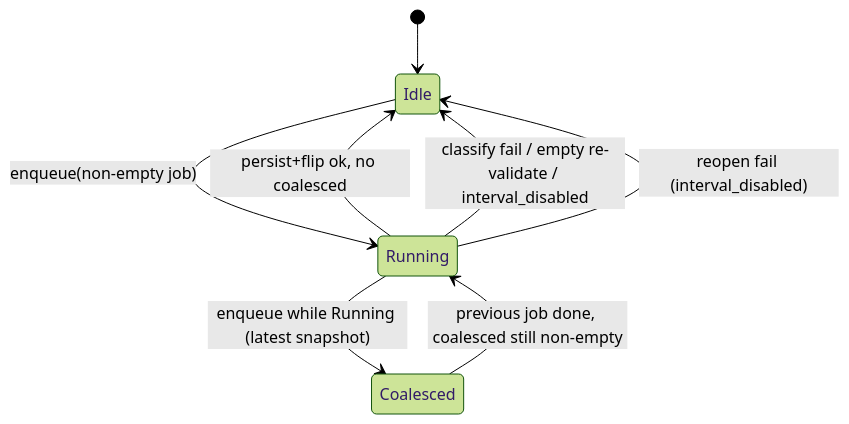
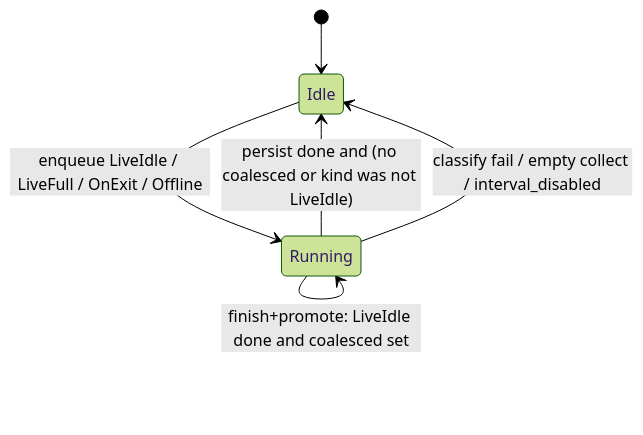
The first of 2 diagrams in docs/tasks/plans/v4-wal-coordinator.md (hilather/ratarmount-rs), drawn with Mermaid (forest theme) before and after one commit. The commit also changed other lines of this file, not shown here.

````diff
--- a/docs/tasks/plans/v4-wal-coordinator.md
+++ b/docs/tasks/plans/v4-wal-coordinator.md
@@ -117,10 +117,8 @@
 ```mermaid
 stateDiagram-v2
   [*] --> Idle
-  Idle --> Running: enqueue(non-empty job)
-  Running --> Idle: persist+flip ok, no coalesced
-  Running --> Idle: classify fail / empty re-validate / interval_disabled
-  Running --> Coalesced: enqueue while Running (latest snapshot)
-  Coalesced --> Running: previous job done, coalesced still non-empty
-  Running --> Idle: reopen fail (interval_disabled)
+  Idle --> Running: enqueue LiveIdle / LiveFull / OnExit / Offline
+  Running --> Idle: persist done and (no coalesced or kind was not LiveIdle)
+  Running --> Running: finish+promote: LiveIdle done and coalesced set
+  Running --> Idle: classify fail / empty collect / interval_disabled
 ```
````
